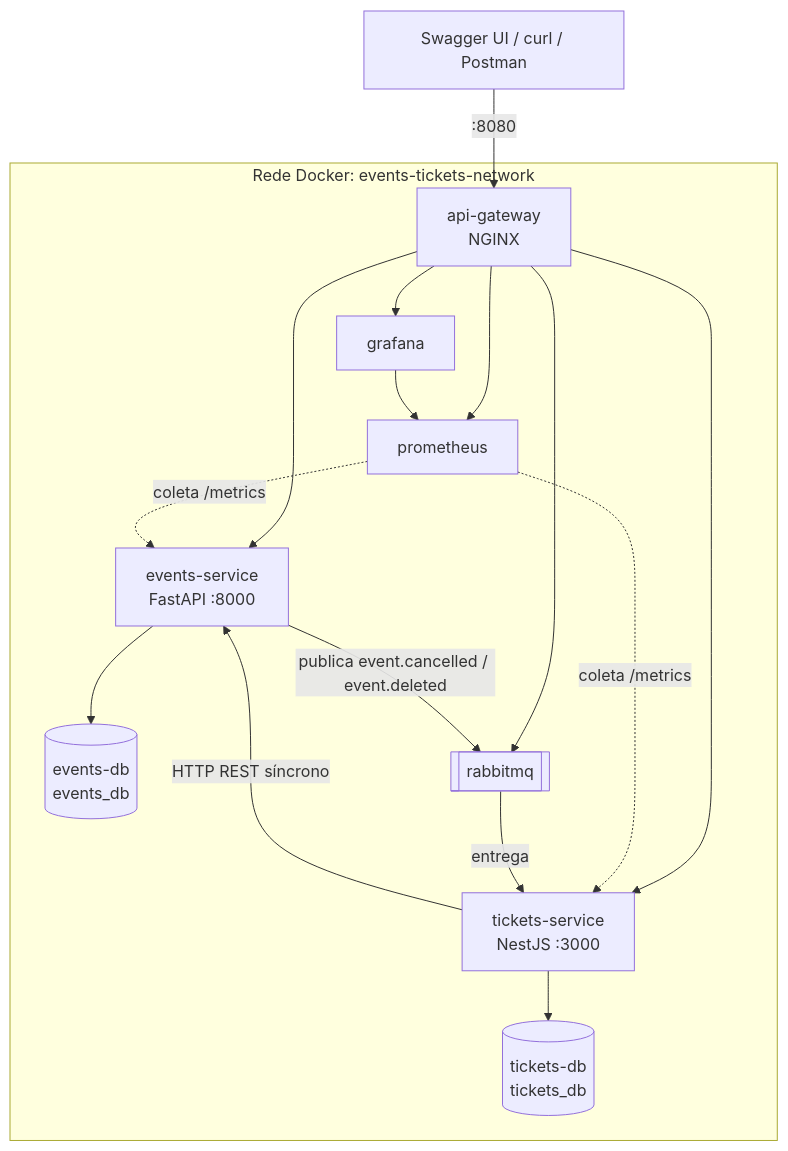
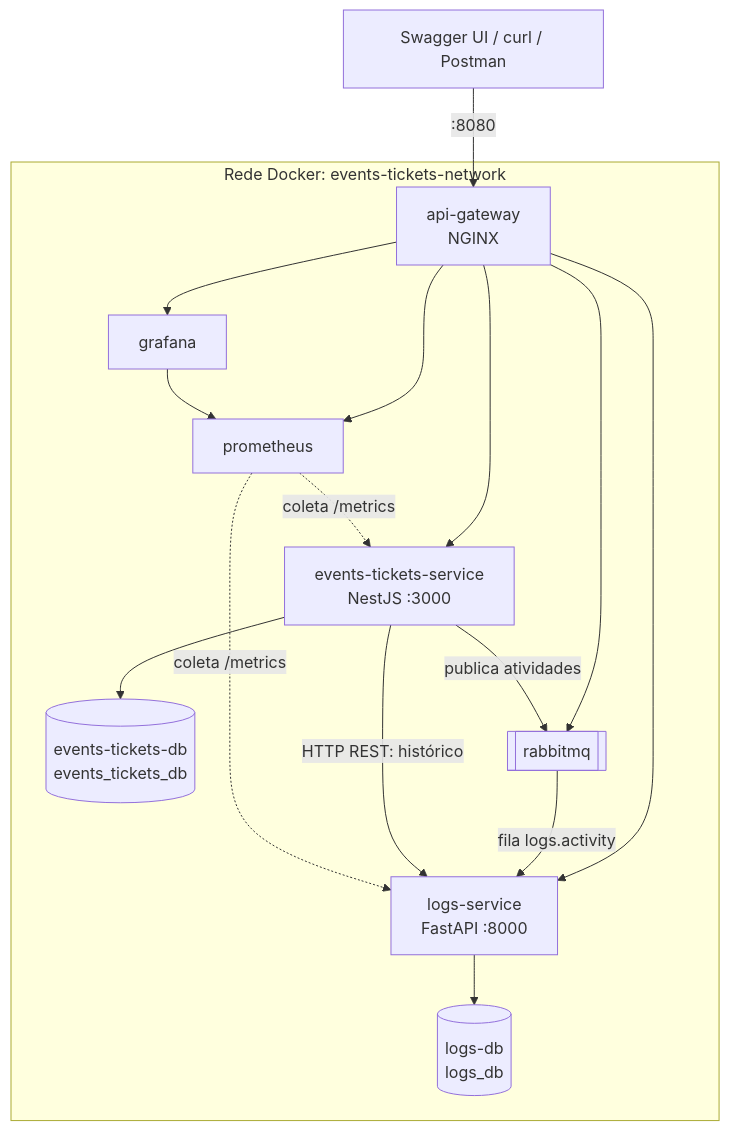
Before and after one commit to Igor-Lazarin-Oliani/events-tickets-ms: the diagram in README.md, drawn with Mermaid. The commit also changed other lines of this file and 120 other files, not shown here.

````diff
--- a/README.md
+++ b/README.md
@@ -36,28 +36,28 @@
 ```mermaid
 flowchart TB
     cliente["Swagger UI / curl / Postman"]
     subgraph rede["Rede Docker: events-tickets-network"]
         gateway["api-gateway<br/>NGINX"]
-        events["events-service<br/>FastAPI :8000"]
-        tickets["tickets-service<br/>NestJS :3000"]
-        eventsdb[("events-db<br/>events_db")]
-        ticketsdb[("tickets-db<br/>tickets_db")]
+        core["events-tickets-service<br/>NestJS :3000"]
+        logs["logs-service<br/>FastAPI :8000"]
+        coredb[("events-tickets-db<br/>events_tickets_db")]
+        logsdb[("logs-db<br/>logs_db")]
+        rabbitmq[["rabbitmq"]]
         prometheus["prometheus"]
         grafana["grafana"]
-        rabbitmq[["rabbitmq"]]
     end
     cliente -->|":8080"| gateway
-    gateway --> events
-    gateway --> tickets
+    gateway --> core
+    gateway --> logs
     gateway --> grafana
     gateway --> prometheus
+    gateway --> rabbitmq
+    core --> coredb
+    logs --> logsdb
+    core -->|"publica atividades"| rabbitmq
+    rabbitmq -->|"fila logs.activity"| logs
+    core -->|"HTTP REST: histórico"| logs
     grafana --> prometheus
-    prometheus -.->|"coleta /metrics"| events
-    prometheus -.->|"coleta /metrics"| tickets
-    gateway --> rabbitmq
-    events -->|"publica event.cancelled / event.deleted"| rabbitmq
-    rabbitmq -->|"entrega"| tickets
-    tickets -->|"HTTP REST síncrono"| events
-    events --> eventsdb
-    tickets --> ticketsdb
+    prometheus -.->|"coleta /metrics"| core
+    prometheus -.->|"coleta /metrics"| logs
 ```
````
